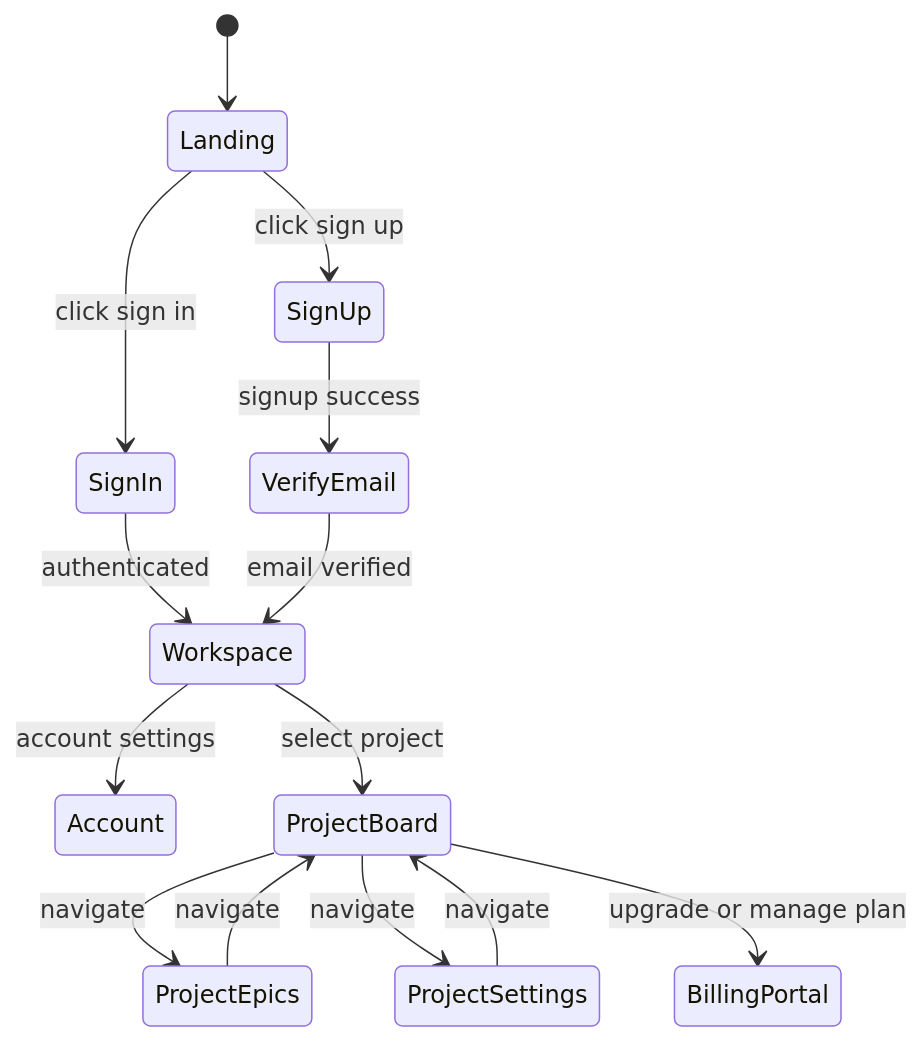
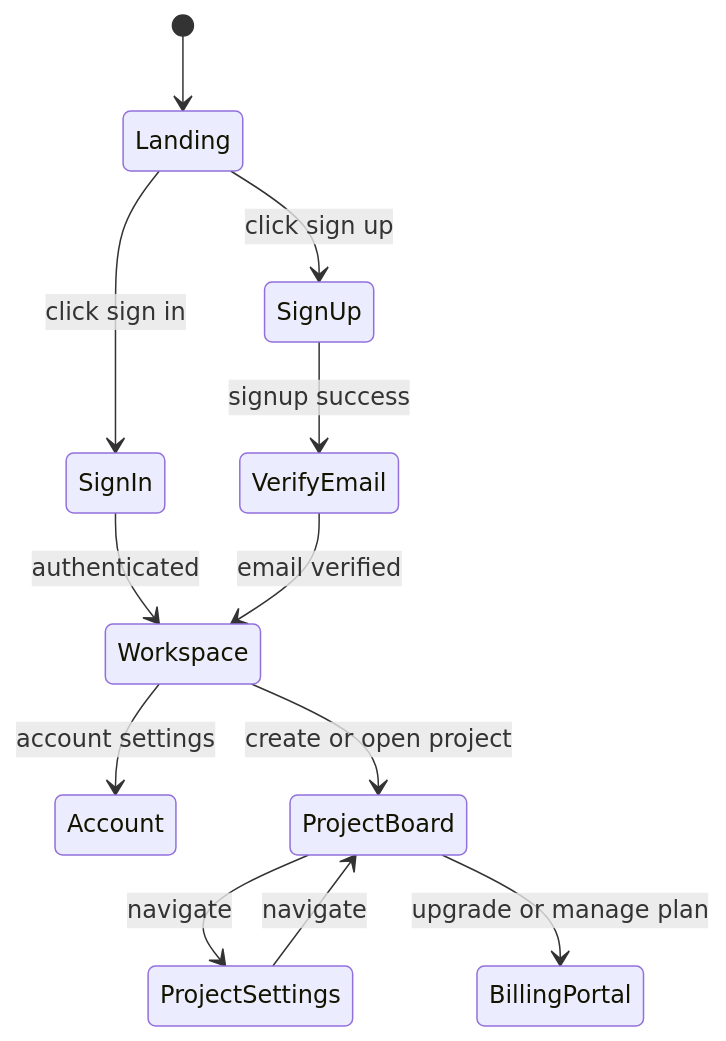
One commit to mc6ril/workbench changed the first of 2 diagrams in docs/architecture/user-flows.md. Above: the diagram before and after it, drawn with Mermaid. The commit also changed other lines of this file and 34 other files, not shown here.

````diff
--- a/docs/architecture/user-flows.md
+++ b/docs/architecture/user-flows.md
@@ -32,19 +33,17 @@
 ```mermaid
 stateDiagram-v2
    [*] --> Landing
    Landing --> SignIn: click sign in
    Landing --> SignUp: click sign up
 
    SignIn --> Workspace: authenticated
    SignUp --> VerifyEmail: signup success
    VerifyEmail --> Workspace: email verified
 
    Workspace --> Account: account settings
-   Workspace --> ProjectBoard: select project
+   Workspace --> ProjectBoard: create or open project
 
-   ProjectBoard --> ProjectEpics: navigate
    ProjectBoard --> ProjectSettings: navigate
    ProjectBoard --> BillingPortal: upgrade or manage plan
-   ProjectEpics --> ProjectBoard: navigate
    ProjectSettings --> ProjectBoard: navigate
 ```
````
